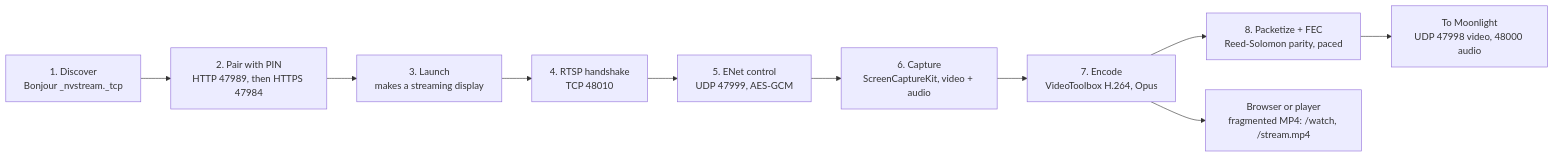
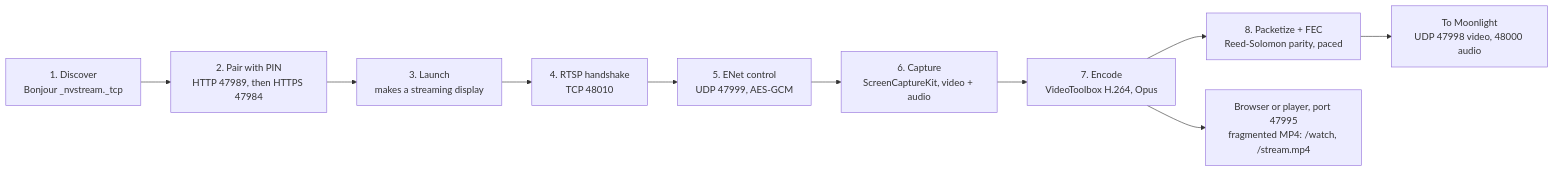
The diagram in docs/moonlight.md (mmmeon/dam), drawn with Mermaid before and after one commit. The commit also changed other lines of this file and 7 other files, not shown here.

First line of the commit message:
feat: the browser stream is its own server, apart from Moonlight

````diff
--- a/docs/moonlight.md
+++ b/docs/moonlight.md
@@ -35,12 +38,12 @@
 ```mermaid
 flowchart LR
     A["1. Discover<br/>Bonjour _nvstream._tcp"] --> B["2. Pair with PIN<br/>HTTP 47989, then HTTPS 47984"]
     B --> C["3. Launch<br/>makes a streaming display"]
     C --> D["4. RTSP handshake<br/>TCP 48010"]
     D --> E["5. ENet control<br/>UDP 47999, AES-GCM"]
     E --> F["6. Capture<br/>ScreenCaptureKit, video + audio"]
     F --> G["7. Encode<br/>VideoToolbox H.264, Opus"]
     G --> H["8. Packetize + FEC<br/>Reed-Solomon parity, paced"]
     H --> I["To Moonlight<br/>UDP 47998 video, 48000 audio"]
-    G --> J["Browser or player<br/>fragmented MP4: /watch, /stream.mp4"]
+    G --> J["Browser or player, port 47995<br/>fragmented MP4: /watch, /stream.mp4"]
 ```
````
